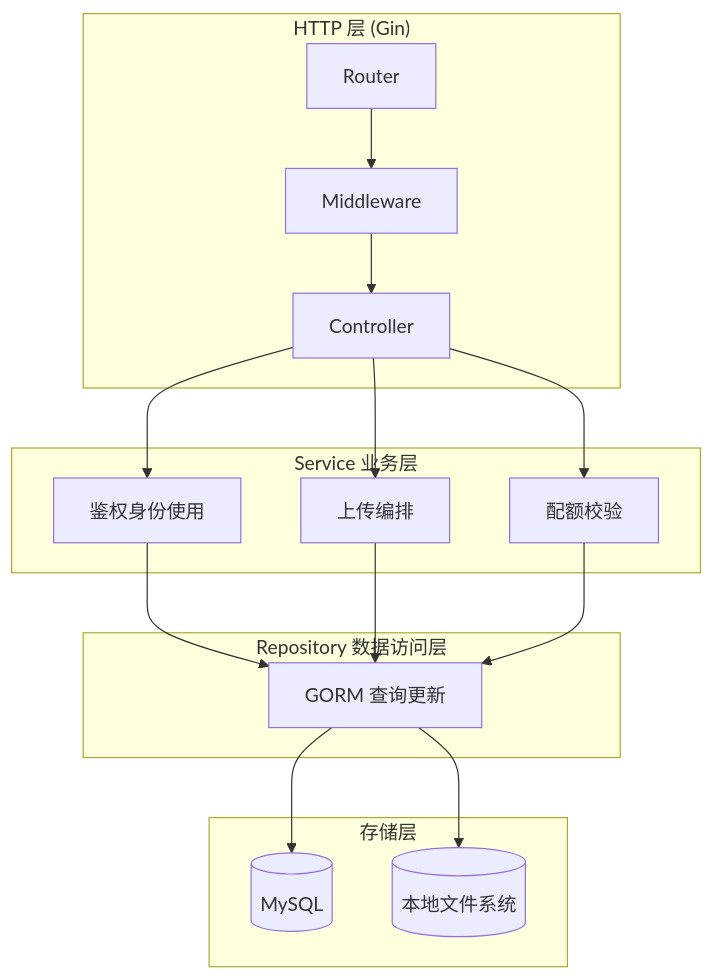
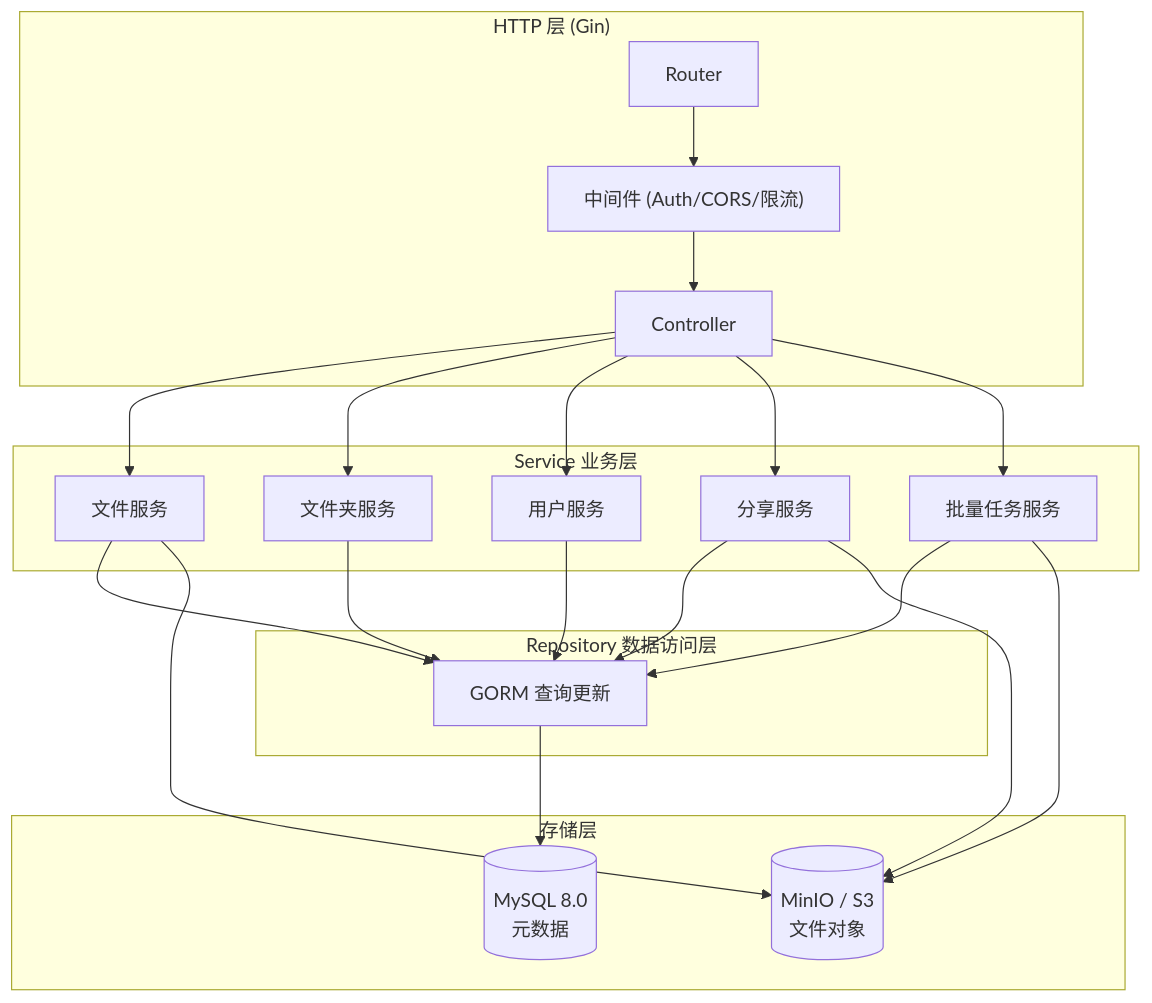
The diagram in README.md (Manyo-Dream/GoNetDisk), drawn with Mermaid before and after one commit. The commit also changed other lines of this file and 54 other files, not shown here.

````diff
--- a/README.md
+++ b/README.md
@@ -37,32 +42,40 @@
 ```mermaid
 graph TD
     subgraph HTTP["HTTP 层 (Gin)"]
-        Router --> Middleware --> Controller
+        Router --> Middleware["中间件 (Auth/CORS/限流)"] --> Controller
     end
 
     subgraph Service["Service 业务层"]
-        Auth["鉴权身份使用"]
-        Orchestration["上传编排"]
-        Quota["配额校验"]
+        FileService["文件服务"]
+        FolderService["文件夹服务"]
+        UserService["用户服务"]
+        ShareService["分享服务"]
+        TaskService["批量任务服务"]
     end
 
     subgraph Repo["Repository 数据访问层"]
         GORM["GORM 查询更新"]
     end
 
     subgraph Storage["存储层"]
-        MySQL[("MySQL")]
-        LocalFS[("本地文件系统")]
+        MySQL[("MySQL 8.0<br/>元数据")]
+        MinIO[("MinIO / S3<br/>文件对象")]
     end
 
-    Controller --> Auth
-    Controller --> Orchestration
-    Controller --> Quota
+    Controller --> FileService
+    Controller --> FolderService
+    Controller --> UserService
+    Controller --> ShareService
+    Controller --> TaskService
 
-    Auth --> GORM
-    Orchestration --> GORM
-    Quota --> GORM
+    FileService --> GORM
+    FolderService --> GORM
+    UserService --> GORM
+    ShareService --> GORM
+    TaskService --> GORM
 
     GORM --> MySQL
-    GORM --> LocalFS
+    FileService --> MinIO
+    ShareService --> MinIO
+    TaskService --> MinIO
 ```
````
